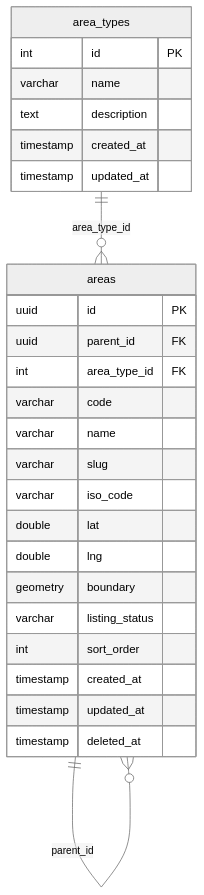
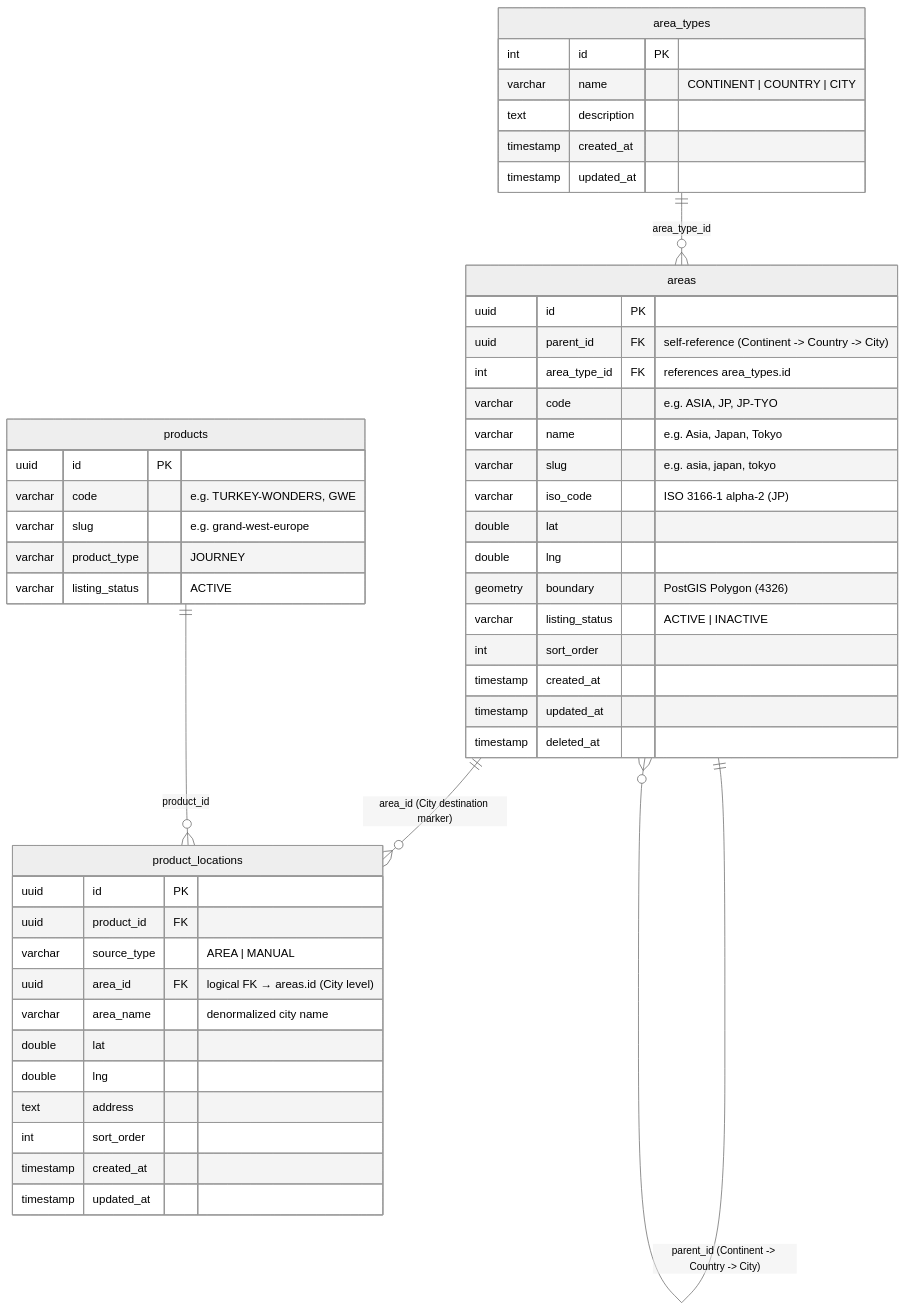
The first of 3 diagrams in area-technical-design.md (Haris-saifudin/hobiholidays-documentations), drawn with Mermaid (neutral theme) before and after one commit. The commit also changed other lines of this file, not shown here.

Commit message:
docs: standardize area domain to a 3-tier geography hierarchy capped at city level

````diff
--- a/area-technical-design.md
+++ b/area-technical-design.md
@@ -113,31 +111,55 @@
 ```mermaid
 erDiagram
     area_types ||--o{ areas : "area_type_id"
-    areas ||--o{ areas : "parent_id"
+    areas ||--o{ areas : "parent_id (Continent -> Country -> City)"
+    areas ||--o{ product_locations : "area_id (City destination marker)"
+    products ||--o{ product_locations : "product_id"
 
     area_types {
-        int       id PK
-        varchar   name
+        int       id           PK
+        varchar   name         "CONTINENT | COUNTRY | CITY"
         text      description
         timestamp created_at
         timestamp updated_at
     }
 
     areas {
-        uuid      id PK
-        uuid      parent_id FK
-        int       area_type_id FK
-        varchar   code
-        varchar   name
-        varchar   slug
-        varchar   iso_code
+        uuid      id             PK
+        uuid      parent_id      FK "self-reference (Continent -> Country -> City)"
+        int       area_type_id   FK "references area_types.id"
+        varchar   code           "e.g. ASIA, JP, JP-TYO"
+        varchar   name           "e.g. Asia, Japan, Tokyo"
+        varchar   slug           "e.g. asia, japan, tokyo"
+        varchar   iso_code       "ISO 3166-1 alpha-2 (JP)"
         double    lat
         double    lng
-        geometry  boundary
-        varchar   listing_status
+        geometry  boundary       "PostGIS Polygon (4326)"
+        varchar   listing_status "ACTIVE | INACTIVE"
         int       sort_order
         timestamp created_at
         timestamp updated_at
         timestamp deleted_at
     }
+
+    product_locations {
+        uuid      id          PK
+        uuid      product_id  FK
+        varchar   source_type "AREA | MANUAL"
+        uuid      area_id     FK "logical FK → areas.id (City level)"
+        varchar   area_name   "denormalized city name"
+        double    lat
+        double    lng
+        text      address
+        int       sort_order
+        timestamp created_at
+        timestamp updated_at
+    }
+
+    products {
+        uuid      id             PK
+        varchar   code           "e.g. TURKEY-WONDERS, GWE"
+        varchar   slug           "e.g. grand-west-europe"
+        varchar   product_type   "JOURNEY"
+        varchar   listing_status "ACTIVE"
+    }
 ```
````
